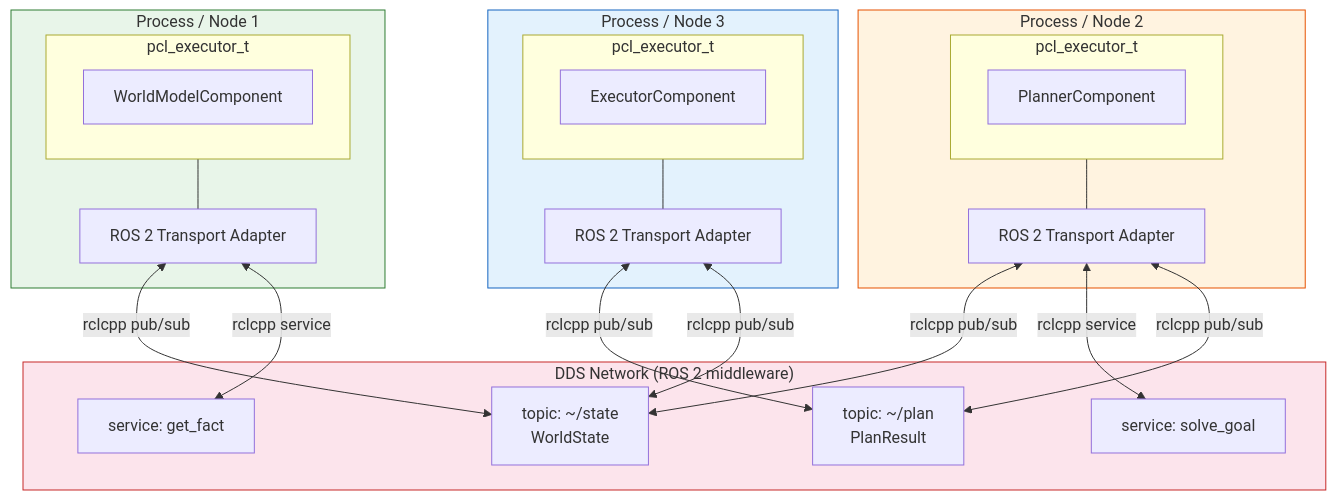
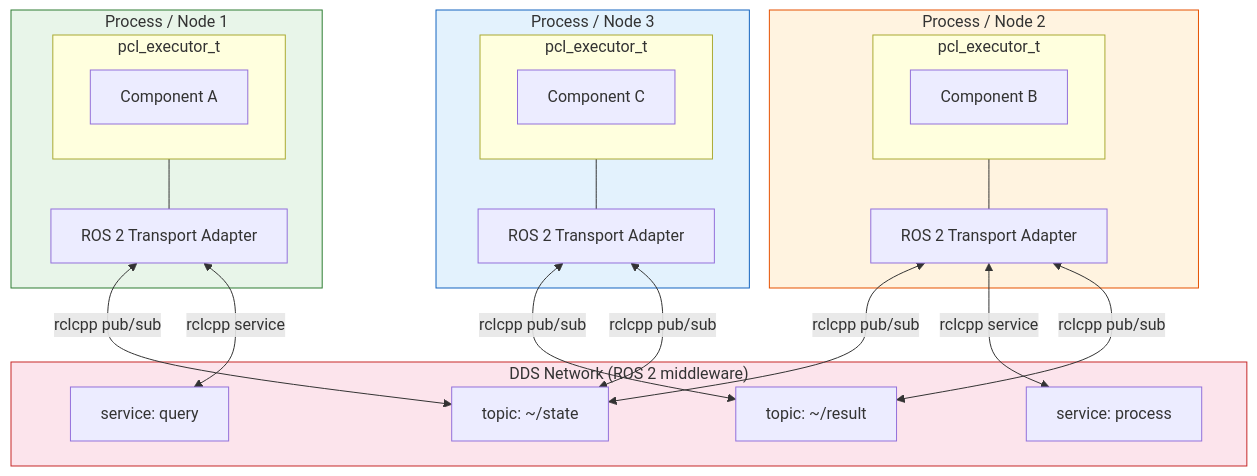
The seventh of 11 diagrams in doc/architecture/08-pcl-component-system.md (Ackoogin/mujin), drawn with Mermaid before and after one commit. The commit also changed other lines of this file and 2 other files, not shown here.

````diff
--- a/doc/architecture/08-pcl-component-system.md
+++ b/doc/architecture/08-pcl-component-system.md
@@ -261,46 +283,46 @@
 ```mermaid
 graph TB
   subgraph Node1["Process / Node 1"]
     subgraph Exec1["pcl_executor_t"]
-      WMC2["WorldModelComponent"]
+      CA2["Component A"]
     end
     TA1["ROS 2 Transport Adapter"]
     Exec1 --- TA1
   end
 
   subgraph Node2["Process / Node 2"]
     subgraph Exec2["pcl_executor_t"]
-      PC2["PlannerComponent"]
+      CB2["Component B"]
     end
     TA2["ROS 2 Transport Adapter"]
     Exec2 --- TA2
   end
 
   subgraph Node3["Process / Node 3"]
     subgraph Exec3["pcl_executor_t"]
-      EC2["ExecutorComponent"]
+      CC2["Component C"]
     end
     TA3["ROS 2 Transport Adapter"]
     Exec3 --- TA3
   end
 
   subgraph DDS["DDS Network (ROS 2 middleware)"]
-    T_STATE["topic: ~/state<br/>WorldState"]
-    T_PLAN["topic: ~/plan<br/>PlanResult"]
-    S_FACT["service: get_fact"]
-    S_GOAL["service: solve_goal"]
+    T_STATE["topic: ~/state"]
+    T_RESULT["topic: ~/result"]
+    S_QUERY["service: query"]
+    S_PROCESS["service: process"]
   end
 
   TA1 <-->|"rclcpp pub/sub"| T_STATE
-  TA1 <-->|"rclcpp service"| S_FACT
+  TA1 <-->|"rclcpp service"| S_QUERY
   TA2 <-->|"rclcpp pub/sub"| T_STATE
-  TA2 <-->|"rclcpp service"| S_GOAL
-  TA2 <-->|"rclcpp pub/sub"| T_PLAN
-  TA3 <-->|"rclcpp pub/sub"| T_PLAN
+  TA2 <-->|"rclcpp service"| S_PROCESS
+  TA2 <-->|"rclcpp pub/sub"| T_RESULT
+  TA3 <-->|"rclcpp pub/sub"| T_RESULT
   TA3 <-->|"rclcpp pub/sub"| T_STATE
 
   style DDS fill:#fce4ec,stroke:#c62828
   style Node1 fill:#e8f5e9,stroke:#2e7d32
   style Node2 fill:#fff3e0,stroke:#e65100
   style Node3 fill:#e3f2fd,stroke:#1565c0
 ```
````
